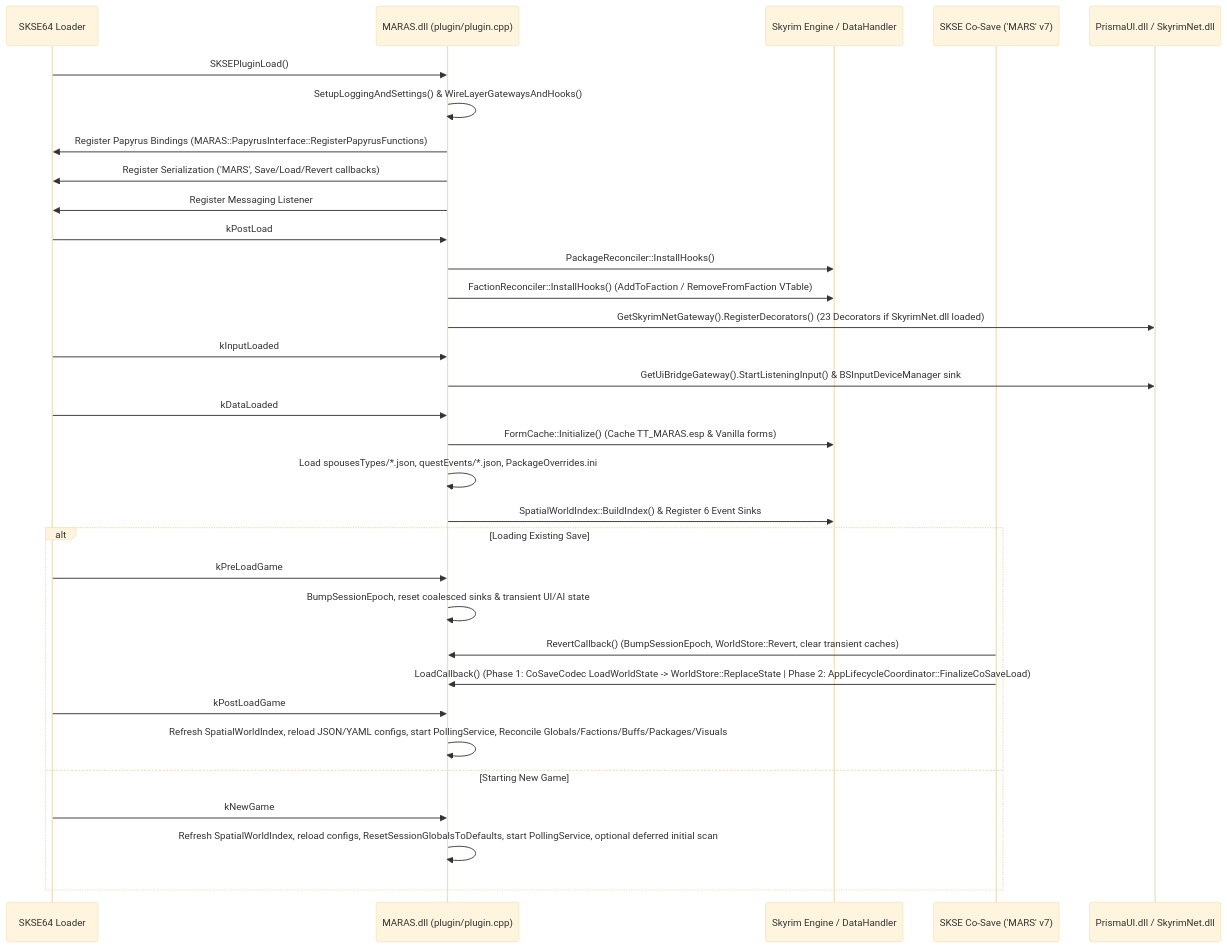
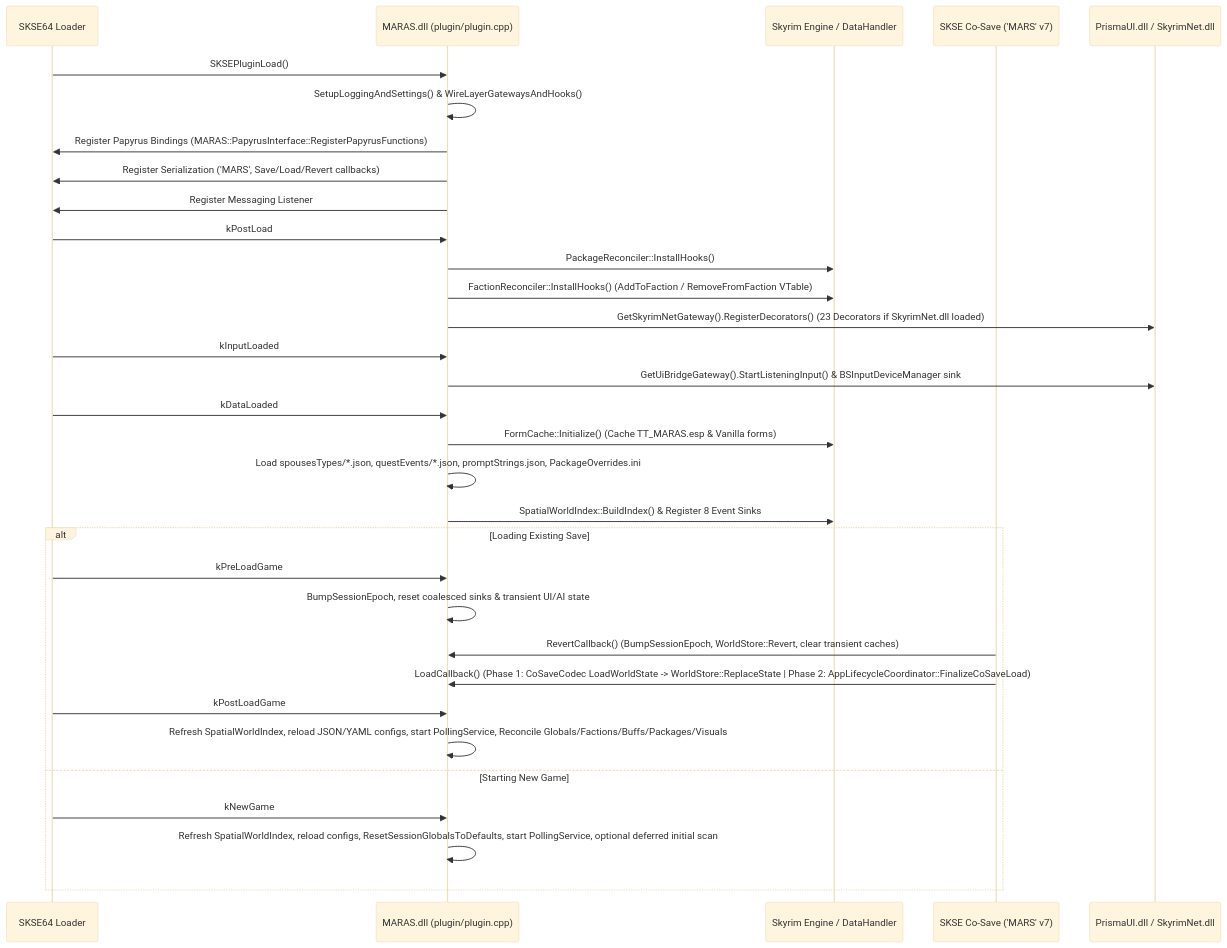
Before and after one commit to tetherball88/maras: the second of 2 diagrams in docs/modder/ARCHITECTURE.md, drawn with Mermaid (base theme). The commit also changed other lines of this file and 144 other files, not shown here.

````diff
--- a/docs/modder/ARCHITECTURE.md
+++ b/docs/modder/ARCHITECTURE.md
@@ -112,39 +112,39 @@
 ```mermaid
 sequenceDiagram
     participant SKSE as SKSE64 Loader
     participant Plugin as MARAS.dll (plugin/plugin.cpp)
     participant Engine as Skyrim Engine / DataHandler
     participant CoSave as SKSE Co-Save ('MARS' v7)
     participant UI as PrismaUI.dll / SkyrimNet.dll
 
     SKSE->>Plugin: SKSEPluginLoad()
     Plugin->>Plugin: SetupLoggingAndSettings() & WireLayerGatewaysAndHooks()
     Plugin->>SKSE: Register Papyrus Bindings (MARAS::PapyrusInterface::RegisterPapyrusFunctions)
     Plugin->>SKSE: Register Serialization ('MARS', Save/Load/Revert callbacks)
     Plugin->>SKSE: Register Messaging Listener
 
     SKSE->>Plugin: kPostLoad
     Plugin->>Engine: PackageReconciler::InstallHooks()
     Plugin->>Engine: FactionReconciler::InstallHooks() (AddToFaction / RemoveFromFaction VTable)
     Plugin->>UI: GetSkyrimNetGateway().RegisterDecorators() (23 Decorators if SkyrimNet.dll loaded)
 
     SKSE->>Plugin: kInputLoaded
     Plugin->>UI: GetUiBridgeGateway().StartListeningInput() & BSInputDeviceManager sink
 
     SKSE->>Plugin: kDataLoaded
     Plugin->>Engine: FormCache::Initialize() (Cache TT_MARAS.esp & Vanilla forms)
-    Plugin->>Plugin: Load spousesTypes/*.json, questEvents/*.json, PackageOverrides.ini
-    Plugin->>Engine: SpatialWorldIndex::BuildIndex() & Register 6 Event Sinks
+    Plugin->>Plugin: Load spousesTypes/*.json, questEvents/*.json, promptStrings.json, PackageOverrides.ini
+    Plugin->>Engine: SpatialWorldIndex::BuildIndex() & Register 8 Event Sinks
 
     alt Loading Existing Save
         SKSE->>Plugin: kPreLoadGame
         Plugin->>Plugin: BumpSessionEpoch, reset coalesced sinks & transient UI/AI state
         CoSave->>Plugin: RevertCallback() (BumpSessionEpoch, WorldStore::Revert, clear transient caches)
         CoSave->>Plugin: LoadCallback() (Phase 1: CoSaveCodec LoadWorldState -> WorldStore::ReplaceState | Phase 2: AppLifecycleCoordinator::FinalizeCoSaveLoad)
         SKSE->>Plugin: kPostLoadGame
         Plugin->>Plugin: Refresh SpatialWorldIndex, reload JSON/YAML configs, start PollingService, Reconcile Globals/Factions/Buffs/Packages/Visuals
     else Starting New Game
         SKSE->>Plugin: kNewGame
         Plugin->>Plugin: Refresh SpatialWorldIndex, reload configs, ResetSessionGlobalsToDefaults, start PollingService, optional deferred initial scan
     end
 ```
````
